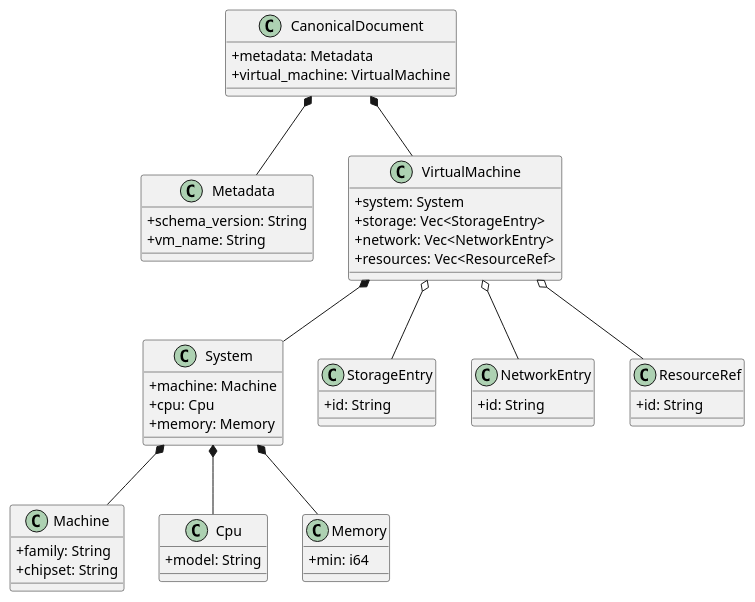
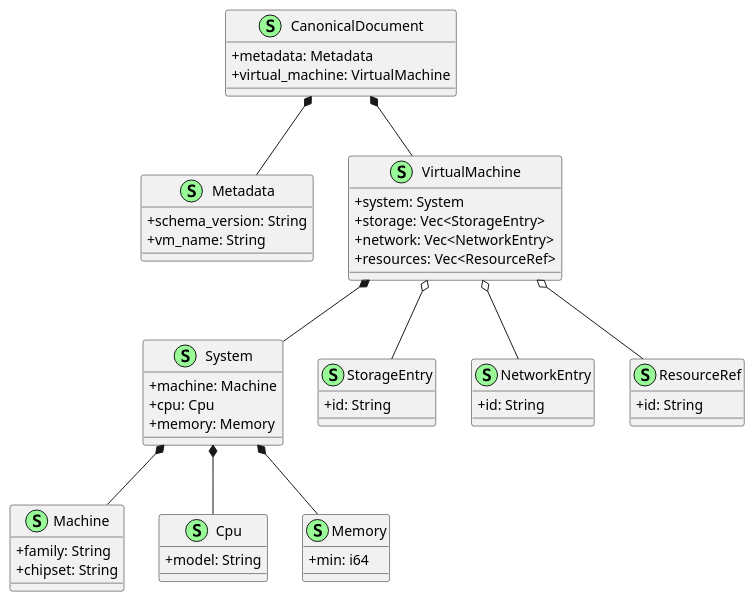
One commit to hurenkam/ezkvm changed the first of 4 diagrams in doc/dev/architecture/design/vm-spec-parsing-validation.md. Above: the diagram before and after it, drawn with PlantUML. The commit also changed other lines of this file and 3 other files, not shown here.

Commit message:
improved class diagrams

````diff
--- a/doc/dev/architecture/design/vm-spec-parsing-validation.md
+++ b/doc/dev/architecture/design/vm-spec-parsing-validation.md
@@ -19,63 +19,63 @@
 ```plantuml
 @startuml
 skinparam classAttributeIconSize 0
 
-class CanonicalDocument {
+class CanonicalDocument << (S,#98FB98) >> {
   +metadata: Metadata
   +virtual_machine: VirtualMachine
 }
 
-class Metadata {
+class Metadata << (S,#98FB98) >> {
   +schema_version: String
   +vm_name: String
 }
 
-class VirtualMachine {
+class VirtualMachine << (S,#98FB98) >> {
   +system: System
   +storage: Vec<StorageEntry>
   +network: Vec<NetworkEntry>
   +resources: Vec<ResourceRef>
 }
 
-class System {
+class System << (S,#98FB98) >> {
   +machine: Machine
   +cpu: Cpu
   +memory: Memory
 }
 
-class Machine {
+class Machine << (S,#98FB98) >> {
   +family: String
   +chipset: String
 }
 
-class Cpu {
+class Cpu << (S,#98FB98) >> {
   +model: String
 }
 
-class Memory {
+class Memory << (S,#98FB98) >> {
   +min: i64
 }
 
-class StorageEntry {
+class StorageEntry << (S,#98FB98) >> {
   +id: String
 }
 
-class NetworkEntry {
+class NetworkEntry << (S,#98FB98) >> {
   +id: String
 }
 
-class ResourceRef {
+class ResourceRef << (S,#98FB98) >> {
   +id: String
 }
 
 CanonicalDocument *-- Metadata
 CanonicalDocument *-- VirtualMachine
 VirtualMachine *-- System
 VirtualMachine o-- StorageEntry
 VirtualMachine o-- NetworkEntry
 VirtualMachine o-- ResourceRef
 System *-- Machine
 System *-- Cpu
 System *-- Memory
 @enduml
 ```
````
